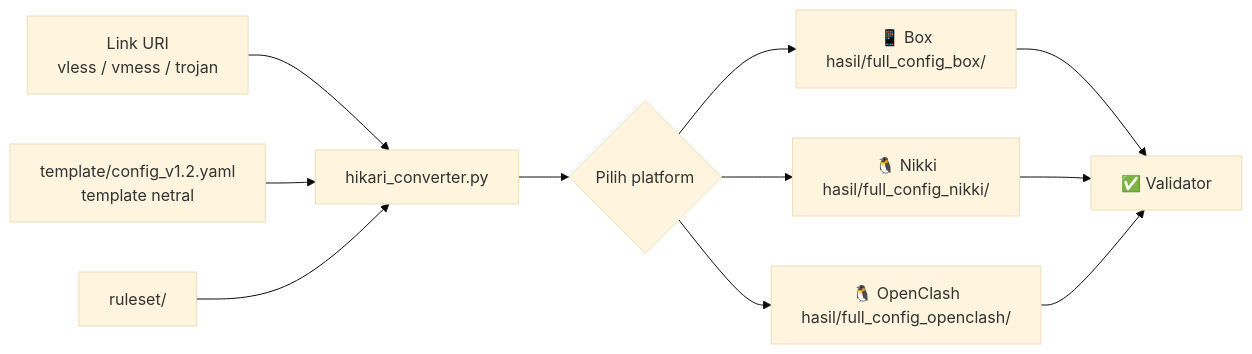
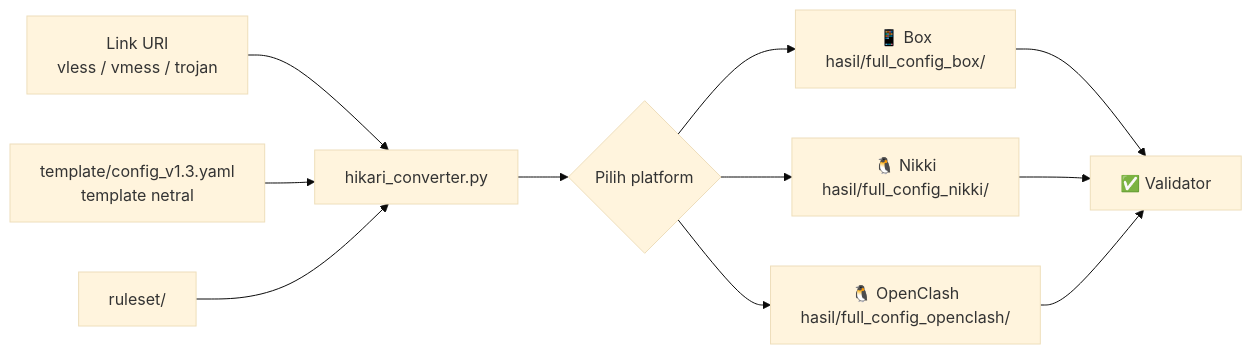
The diagram in README.md (nexterade/hikari-clash), drawn with Mermaid (base theme) before and after one commit. The commit also changed other lines of this file and 5 other files, not shown here.

````diff
--- a/README.md
+++ b/README.md
@@ -97,13 +97,13 @@
 ```mermaid
 flowchart LR
     A[Link URI<br/>vless / vmess / trojan] --> B[hikari_converter.py]
-    T[template/config_v1.2.yaml<br/>template netral] --> B
+    T[template/config_v1.3.yaml<br/>template netral] --> B
     R[ruleset/] --> B
     B --> P{Pilih platform}
     P --> X[📱 Box<br/>hasil/full_config_box/]
     P --> Y[🐧 Nikki<br/>hasil/full_config_nikki/]
     P --> Z[🐧 OpenClash<br/>hasil/full_config_openclash/]
     X --> V[✅ Validator]
     Y --> V
     Z --> V
 ```
````
